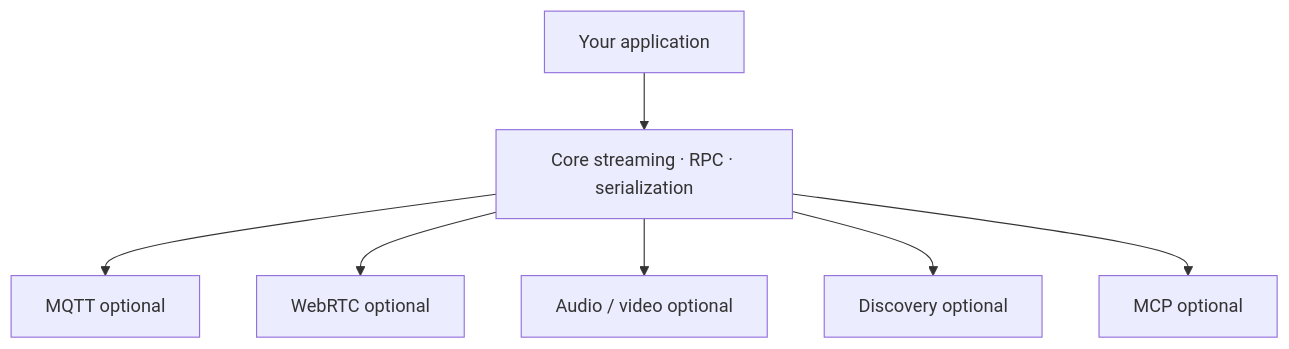
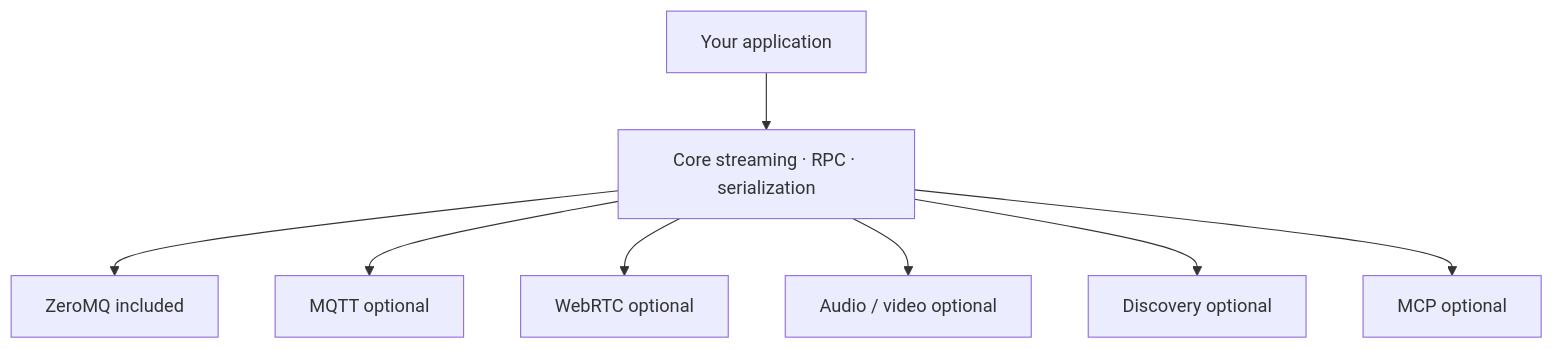
One commit to luxai-qtrobot/magpie-doc changed the diagram in docs/concepts/dependencies.mdx. Above: the diagram before and after it, drawn with Mermaid. The commit also changed other lines of this file and 19 other files, not shown here.

````diff
--- a/docs/concepts/dependencies.mdx
+++ b/docs/concepts/dependencies.mdx
@@ -12,9 +12,10 @@
 ```mermaid
 flowchart TB
     APP[Your application] --> CORE[Core streaming · RPC · serialization]
+    CORE --> ZMQ[ZeroMQ included]
     CORE --> MQTT[MQTT optional]
     CORE --> RTC[WebRTC optional]
     CORE --> MEDIA[Audio / video optional]
     CORE --> DISC[Discovery optional]
     CORE --> MCP[MCP optional]
 ```
````
